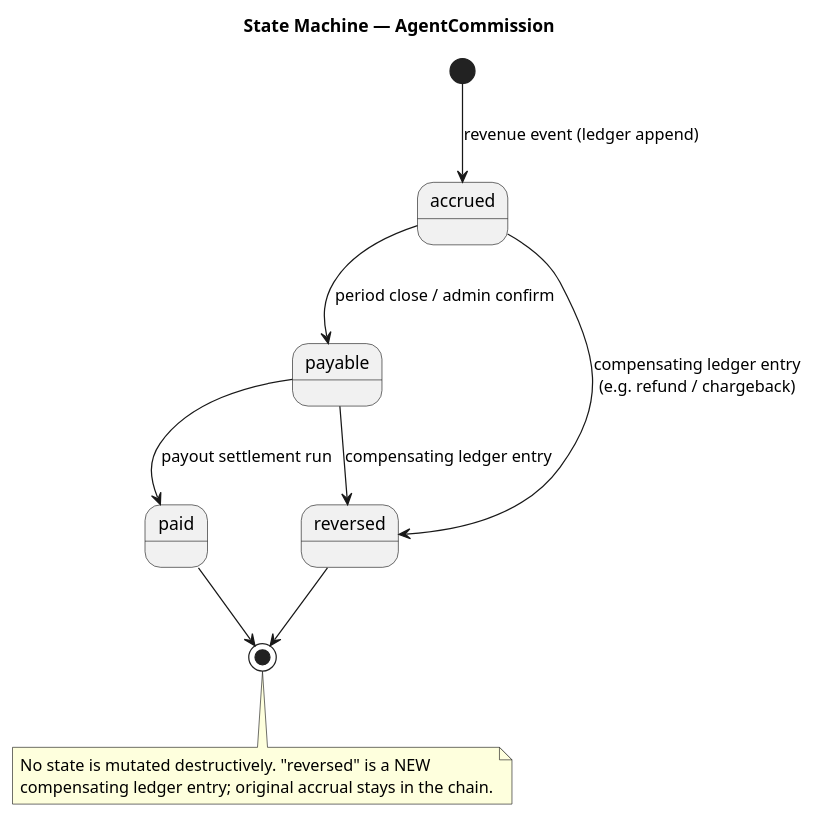
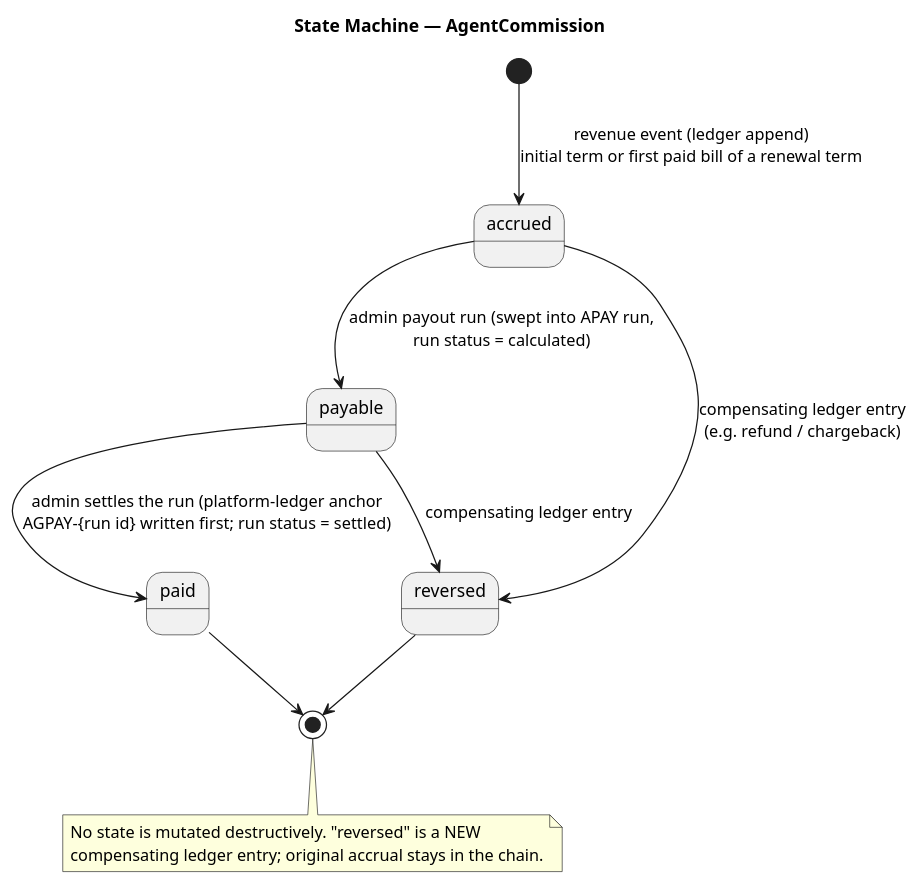
The sixth of 7 diagrams in docs/uml/agent_ecosystem.puml (ashuryasaf/phins), drawn with PlantUML before and after one commit. The commit also changed other lines of this file and 3 other files, not shown here.

Commit message:
docs: record §C (per-renewal commission, agent_payouts runs, broker funnel) in design §G, agent_ecosystem_design, UML model, and AGENTS.md (agent_payouts repo, APAY/AGPAY prefixes, SQL-keyword detector pitfall)

```diff
--- a/docs/uml/agent_ecosystem.puml
+++ b/docs/uml/agent_ecosystem.puml
@@ -292,16 +311,16 @@
 @startuml agent_commission_state
 title State Machine — AgentCommission
 
-[*] --> accrued : revenue event (ledger append)
-accrued --> payable : period close / admin confirm
-payable --> paid : payout settlement run
+[*] --> accrued : revenue event (ledger append)\ninitial term or first paid bill of a renewal term
+accrued --> payable : admin payout run (swept into APAY run,\nrun status = calculated)
+payable --> paid : admin settles the run (platform-ledger anchor\nAGPAY-{run id} written first; run status = settled)
 accrued --> reversed : compensating ledger entry\n(e.g. refund / chargeback)
 payable --> reversed : compensating ledger entry
 paid --> [*]
 reversed --> [*]
 
 note bottom
   No state is mutated destructively. "reversed" is a NEW
   compensating ledger entry; original accrual stays in the chain.
 end note
 @enduml
```
